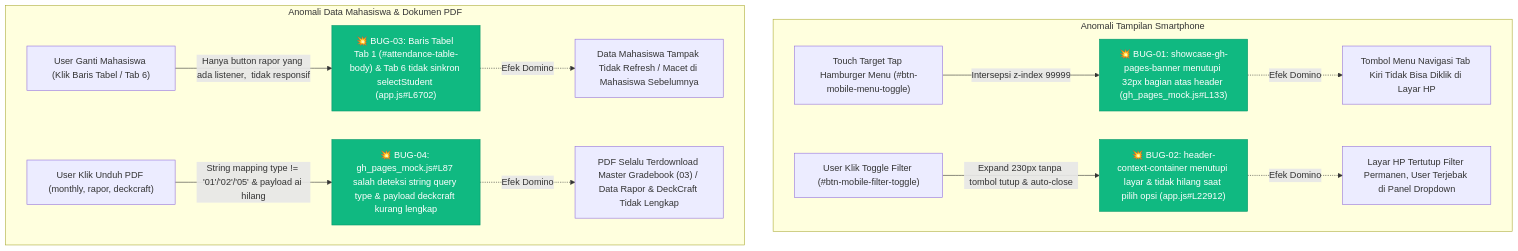
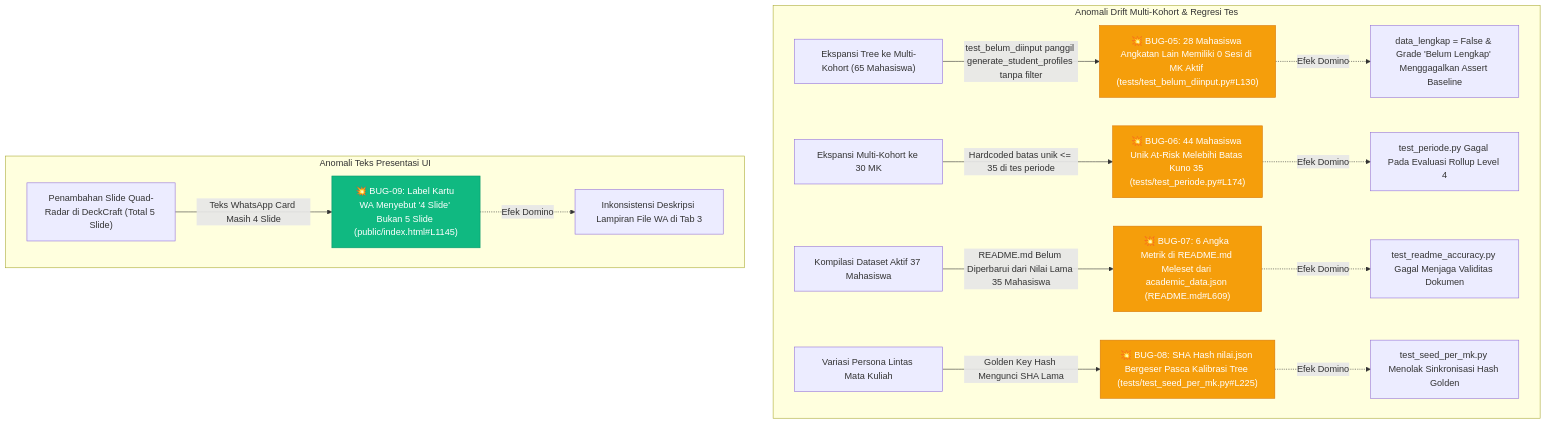
One commit to solusarsitekstudio-hue/kampus_01 changed the diagram in BUG_MAPPING.md. Above: the diagram before and after it, drawn with Mermaid. The commit also changed other lines of this file and 38 other files, not shown here.

Commit message:
fix(audit): tuntaskan 5 bug regresi multi-kohort & sinkronisasi UI (BUG-05 sd BUG-09, 28/28 tests PASS)

````diff
--- a/BUG_MAPPING.md
+++ b/BUG_MAPPING.md
@@ -11,23 +10,27 @@
 ```mermaid
 flowchart TD
-    subgraph Mobile_UI_Bugs ["Anomali Tampilan Smartphone"]
-        A1["Touch Target Tap Hamburger Menu (#btn-mobile-menu-toggle)"] -->|Intersepsi z-index 99999| B1["💥 BUG-01: showcase-gh-pages-banner menutupi 32px bagian atas header (gh_pages_mock.js#L133)"]
-        B1 -.->|Efek Domino| C1["Tombol Menu Navigasi Tab Kiri Tidak Bisa Diklik di Layar HP"]
+    subgraph Multi_Cohort_Drift ["Anomali Drift Multi-Kohort & Regresi Tes"]
+        A1["Ekspansi Tree ke Multi-Kohort (65 Mahasiswa)"] -->|test_belum_diinput panggil generate_student_profiles tanpa filter| B1["💥 BUG-05: 28 Mahasiswa Angkatan Lain Memiliki 0 Sesi di MK Aktif (tests/test_belum_diinput.py#L130)"]
+        B1 -.->|Efek Domino| C1["data_lengkap = False & Grade 'Belum Lengkap' Menggagalkan Assert Baseline"]
 
-        A2["User Klik Toggle Filter (#btn-mobile-filter-toggle)"] -->|Expand 230px tanpa tombol tutup & auto-close| B2["💥 BUG-02: header-context-container menutupi layar & tidak hilang saat pilih opsi (app.js#L22912)"]
-        B2 -.->|Efek Domino| C2["Layar HP Tertutup Filter Permanen, User Terjebak di Panel Dropdown"]
+        A2["Ekspansi Multi-Kohort ke 30 MK"] -->|Hardcoded batas unik <= 35 di tes periode| B2["💥 BUG-06: 44 Mahasiswa Unik At-Risk Melebihi Batas Kuno 35 (tests/test_periode.py#L174)"]
+        B2 -.->|Efek Domino| C2["test_periode.py Gagal Pada Evaluasi Rollup Level 4"]
+
+        A3["Kompilasi Dataset Aktif 37 Mahasiswa"] -->|README.md Belum Diperbarui dari Nilai Lama 35 Mahasiswa| B3["💥 BUG-07: 6 Angka Metrik di README.md Meleset dari academic_data.json (README.md#L609)"]
+        B3 -.->|Efek Domino| C3["test_readme_accuracy.py Gagal Menjaga Validitas Dokumen"]
+
+        A4["Variasi Persona Lintas Mata Kuliah"] -->|Golden Key Hash Mengunci SHA Lama| B4["💥 BUG-08: SHA Hash nilai.json Bergeser Pasca Kalibrasi Tree (tests/test_seed_per_mk.py#L225)"]
+        B4 -.->|Efek Domino| C4["test_seed_per_mk.py Menolak Sinkronisasi Hash Golden"]
     end
 
-    subgraph Data_PDF_Bugs ["Anomali Data Mahasiswa & Dokumen PDF"]
-        A3["User Ganti Mahasiswa (Klik Baris Tabel / Tab 6)"] -->|Hanya button rapor yang ada listener, <tr> tidak responsif| B3["💥 BUG-03: Baris Tabel Tab 1 (#attendance-table-body) & Tab 6 tidak sinkron selectStudent (app.js#L6702)"]
-        B3 -.->|Efek Domino| C3["Data Mahasiswa Tampak Tidak Refresh / Macet di Mahasiswa Sebelumnya"]
-
-        A4["User Klik Unduh PDF (monthly, rapor, deckcraft)"] -->|String mapping type != '01'/'02'/'05' & payload ai hilang| B4["💥 BUG-04: gh_pages_mock.js#L87 salah deteksi string query type & payload deckcraft kurang lengkap"]
-        B4 -.->|Efek Domino| C4["PDF Selalu Terdownload Master Gradebook (03) / Data Rapor & DeckCraft Tidak Lengkap"]
+    subgraph UI_Minor_Audit ["Anomali Teks Presentasi UI"]
+        A5["Penambahan Slide Quad-Radar di DeckCraft (Total 5 Slide)"] -->|Teks WhatsApp Card Masih 4 Slide| B5["💥 BUG-09: Label Kartu WA Menyebut '4 Slide' Bukan 5 Slide (public/index.html#L1145)"]
+        B5 -.->|Efek Domino| C5["Inkonsistensi Deskripsi Lampiran File WA di Tab 3"]
     end
 
-    style B1 fill:#10b981,stroke:#059669,color:#fff
-    style B2 fill:#10b981,stroke:#059669,color:#fff
-    style B3 fill:#10b981,stroke:#059669,color:#fff
-    style B4 fill:#10b981,stroke:#059669,color:#fff
+    style B1 fill:#f59e0b,stroke:#d97706,color:#fff
+    style B2 fill:#f59e0b,stroke:#d97706,color:#fff
+    style B3 fill:#f59e0b,stroke:#d97706,color:#fff
+    style B4 fill:#f59e0b,stroke:#d97706,color:#fff
+    style B5 fill:#10b981,stroke:#059669,color:#fff
 ```
````
